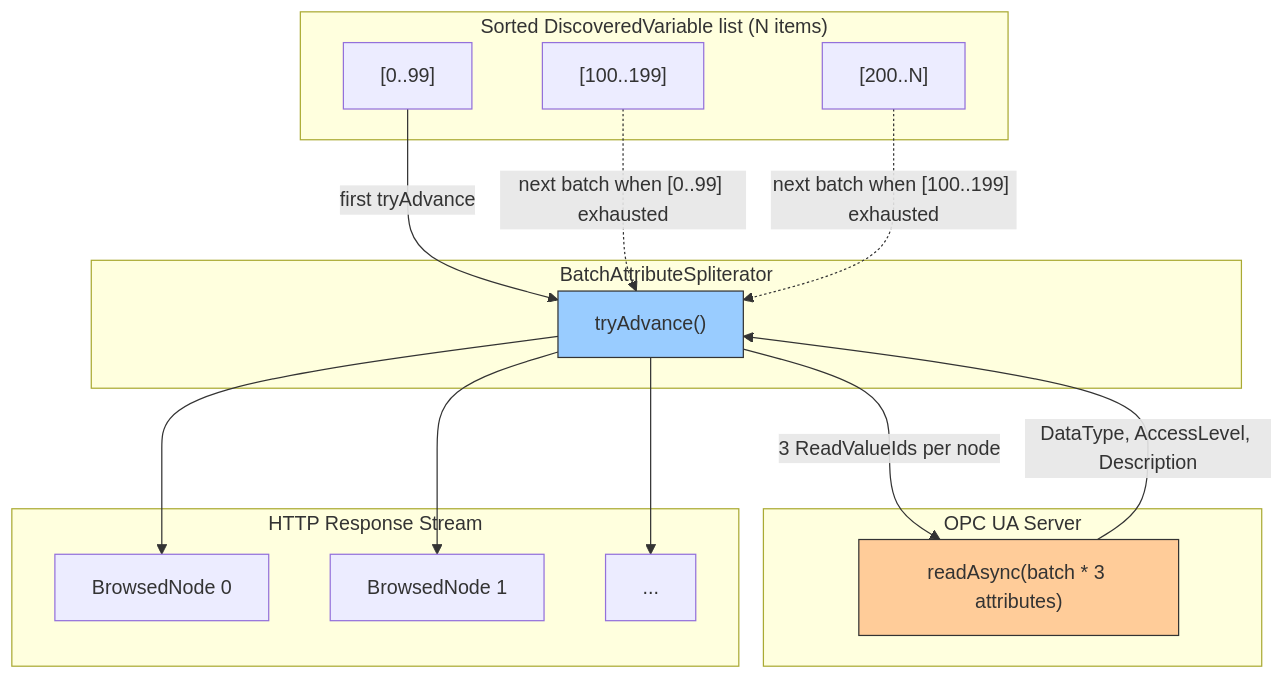
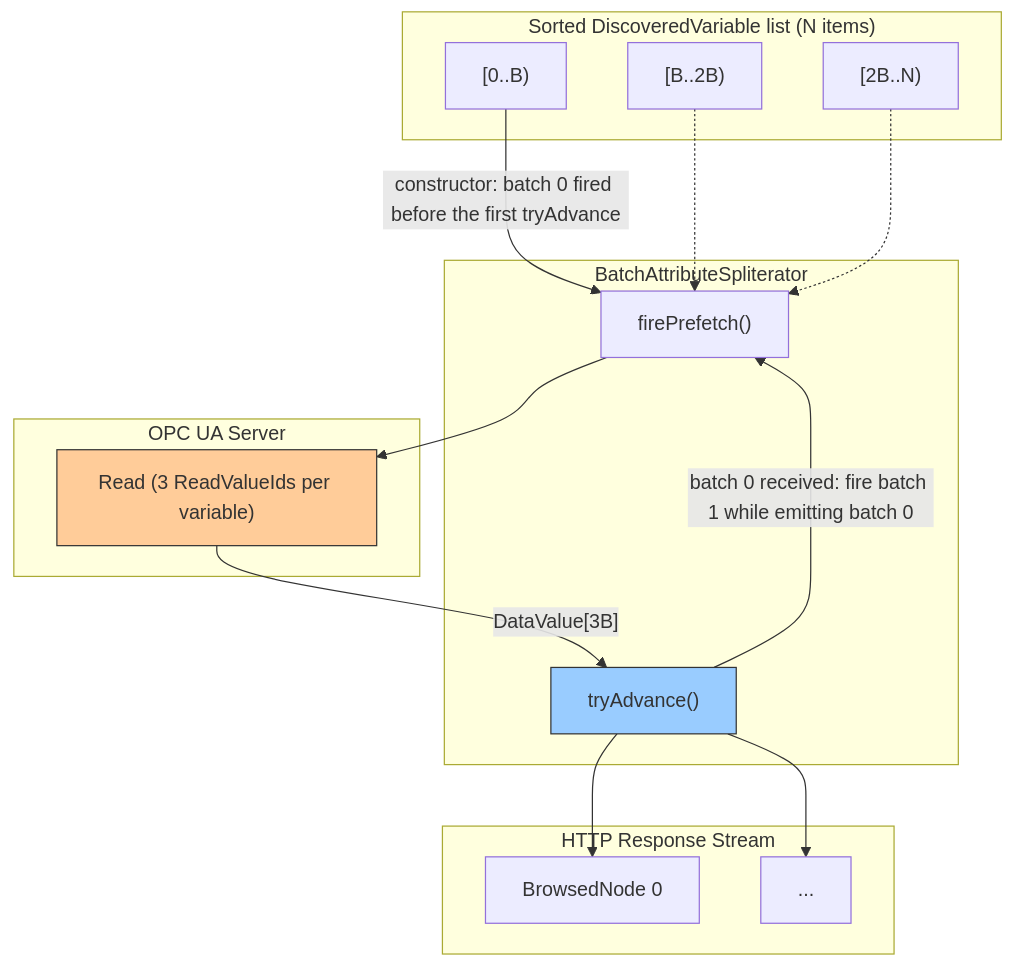
Before and after one commit to hivemq/hivemq-edge: the fourth of 5 diagrams in modules/hivemq-edge-module-opcua/src/main/java/com/hivemq/edge/adapters/opcua/browse/OpcUaNodeBrowser.md, drawn with Mermaid. The commit also changed other lines of this file and 22 other files, not shown here.

````diff
--- a/modules/hivemq-edge-module-opcua/src/main/java/com/hivemq/edge/adapters/opcua/browse/OpcUaNodeBrowser.md
+++ b/modules/hivemq-edge-module-opcua/src/main/java/com/hivemq/edge/adapters/opcua/browse/OpcUaNodeBrowser.md
@@ -151,34 +242,34 @@
 ```mermaid
 flowchart TD
     subgraph "Sorted DiscoveredVariable list (N items)"
-        V1["[0..99]"]
-        V2["[100..199]"]
-        V3["[200..N]"]
+        V1["[0..B)"]
+        V2["[B..2B)"]
+        V3["[2B..N)"]
     end
 
     subgraph "BatchAttributeSpliterator"
         TA["tryAdvance()"]
+        PF["firePrefetch()"]
     end
 
     subgraph "OPC UA Server"
-        RD["readAsync(batch * 3 attributes)"]
+        RD["Read (3 ReadValueIds per variable)"]
     end
 
     subgraph "HTTP Response Stream"
         BN1["BrowsedNode 0"]
-        BN2["BrowsedNode 1"]
         BNx["..."]
     end
 
-    V1 -->|first tryAdvance| TA
-    TA -->|"3 ReadValueIds per node"| RD
-    RD -->|"DataType, AccessLevel, Description"| TA
+    V1 -->|"constructor: batch 0 fired before the first tryAdvance"| PF
+    PF --> RD
+    RD -->|"DataValue[3B]"| TA
     TA --> BN1
-    TA --> BN2
     TA --> BNx
-    V2 -.->|"next batch when [0..99] exhausted"| TA
-    V3 -.->|"next batch when [100..199] exhausted"| TA
+    TA -->|"batch 0 received: fire batch 1 while emitting batch 0"| PF
+    V2 -.-> PF
+    V3 -.-> PF
 
     style TA fill:#9cf,stroke:#333
     style RD fill:#fc9,stroke:#333
 ```
````
